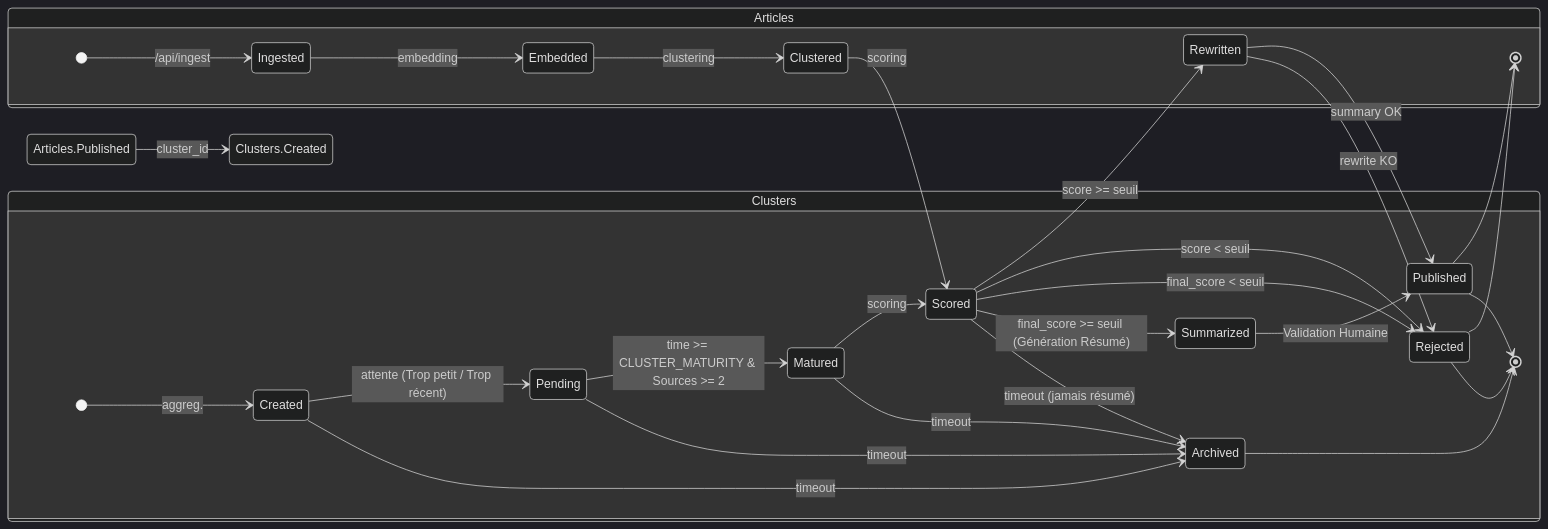
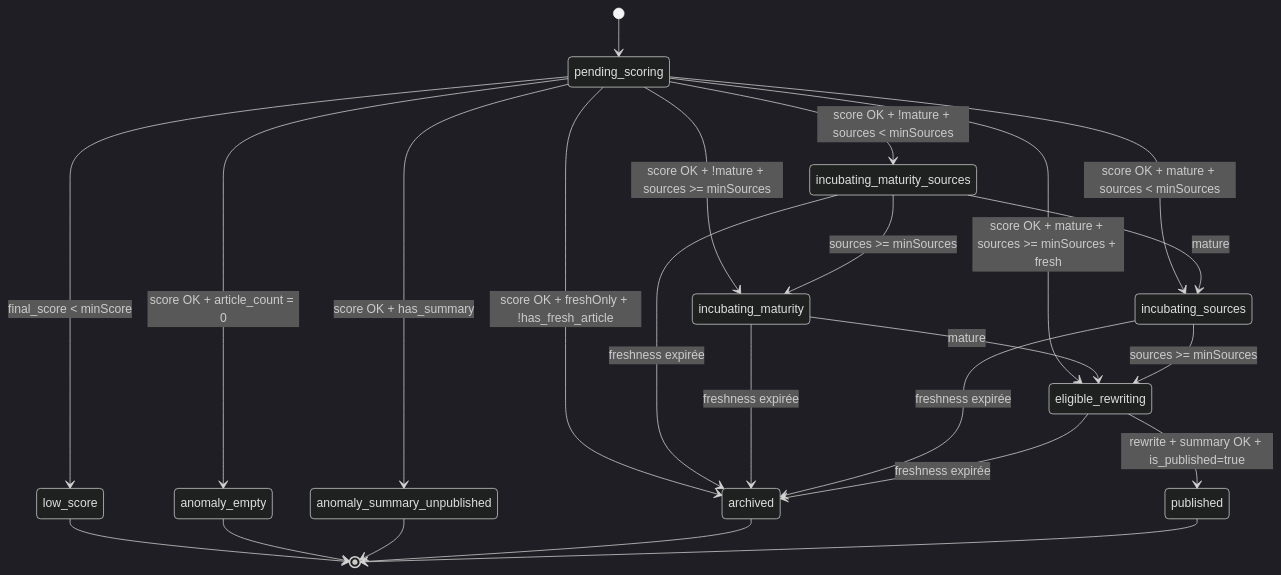
One commit to GianniDmc/Nexus changed the diagram in docs/STATE_GRAPH.mmd. Above: the diagram before and after it, drawn with Mermaid (dark theme). The commit also changed 31 other files, not shown here.

```diff
--- a/docs/STATE_GRAPH.mmd
+++ b/docs/STATE_GRAPH.mmd
@@ -1,41 +1,42 @@
 stateDiagram-v2
-    direction LR
+    direction TB
 
-    state "Articles" as Articles {
-        [*] --> Ingested: /api/ingest
-        Ingested --> Embedded: embedding
-        Embedded --> Clustered: clustering
-        Clustered --> Scored: scoring
-        Scored --> Rewritten: score >= seuil
-        Scored --> Rejected: score < seuil
-        Rewritten --> Published: summary OK
-        Rewritten --> Rejected: rewrite KO
-        Rejected --> [*]
-        Published --> [*]
-    }
+    [*] --> PendingScoring
 
-    state "Clusters" as Clusters {
-        [*] --> Created: aggreg.
-        
-        Created --> Pending: attente (Trop petit / Trop récent)
-        Pending --> Matured: time >= CLUSTER_MATURITY & Sources >= 2
-        
-        Matured --> Scored: scoring
-        
-        Scored --> Rejected: final_score < seuil
-        Scored --> Summarized: final_score >= seuil (Génération Résumé)
-        
-        Summarized --> Published: Validation Humaine
-        
-        %% Le cas du "mort de vieillesse"
-        Created --> Archived: timeout
-        Pending --> Archived: timeout
-        Matured --> Archived: timeout
-        Scored --> Archived: timeout (jamais résumé)
-        
-        Rejected --> [*]
-        Published --> [*]
-        Archived --> [*]
-    }
+    state "pending_scoring" as PendingScoring
+    state "low_score" as LowScore
+    state "anomaly_empty" as AnomalyEmpty
+    state "anomaly_summary_unpublished" as AnomalySummaryUnpublished
+    state "archived" as Archived
+    state "incubating_maturity_sources" as IncubatingBoth
+    state "incubating_maturity" as IncubatingMaturity
+    state "incubating_sources" as IncubatingSources
+    state "eligible_rewriting" as EligibleRewriting
+    state "published" as Published
 
-    Articles.Published --> Clusters.Created: cluster_id
+    PendingScoring --> LowScore: final_score < minScore
+    PendingScoring --> AnomalyEmpty: score OK + article_count = 0
+    PendingScoring --> AnomalySummaryUnpublished: score OK + has_summary
+    PendingScoring --> Archived: score OK + freshOnly + !has_fresh_article
+    PendingScoring --> IncubatingBoth: score OK + !mature + sources < minSources
+    PendingScoring --> IncubatingMaturity: score OK + !mature + sources >= minSources
+    PendingScoring --> IncubatingSources: score OK + mature + sources < minSources
+    PendingScoring --> EligibleRewriting: score OK + mature + sources >= minSources + fresh
+
+    IncubatingBoth --> IncubatingMaturity: sources >= minSources
+    IncubatingBoth --> IncubatingSources: mature
+    IncubatingMaturity --> EligibleRewriting: mature
+    IncubatingSources --> EligibleRewriting: sources >= minSources
+
+    IncubatingBoth --> Archived: freshness expirée
+    IncubatingMaturity --> Archived: freshness expirée
+    IncubatingSources --> Archived: freshness expirée
+    EligibleRewriting --> Archived: freshness expirée
+
+    EligibleRewriting --> Published: rewrite + summary OK + is_published=true
+
+    LowScore --> [*]
+    AnomalyEmpty --> [*]
+    AnomalySummaryUnpublished --> [*]
+    Archived --> [*]
+    Published --> [*]
```
